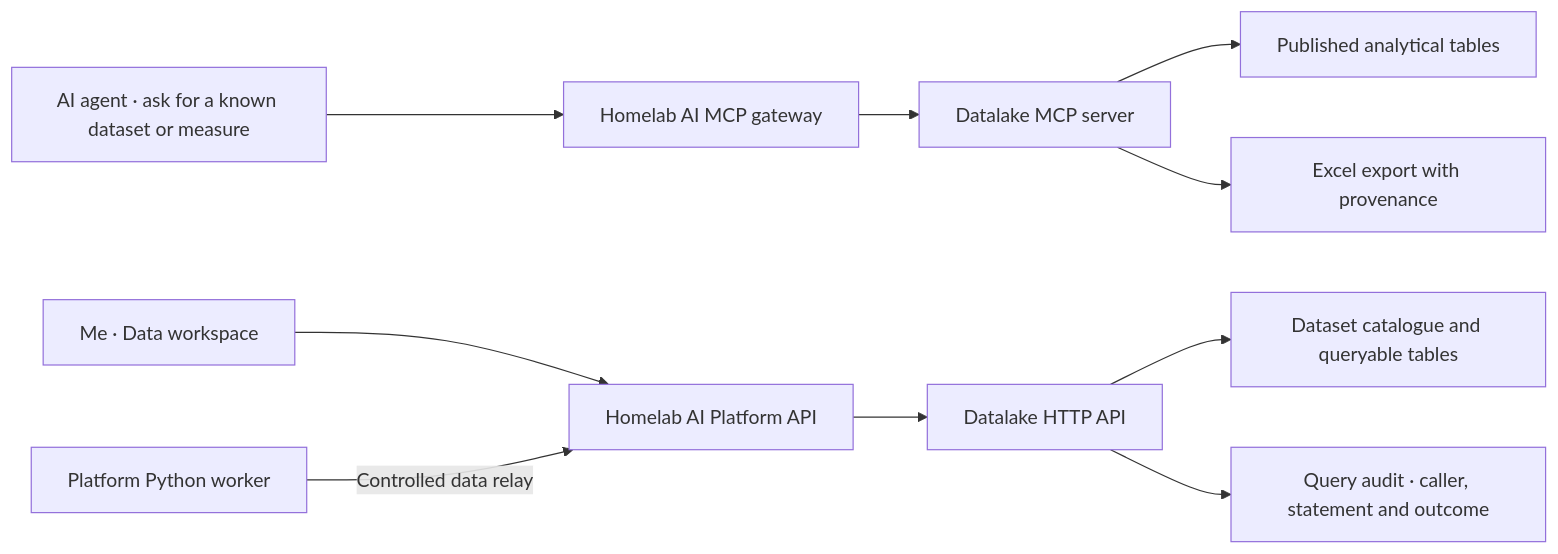
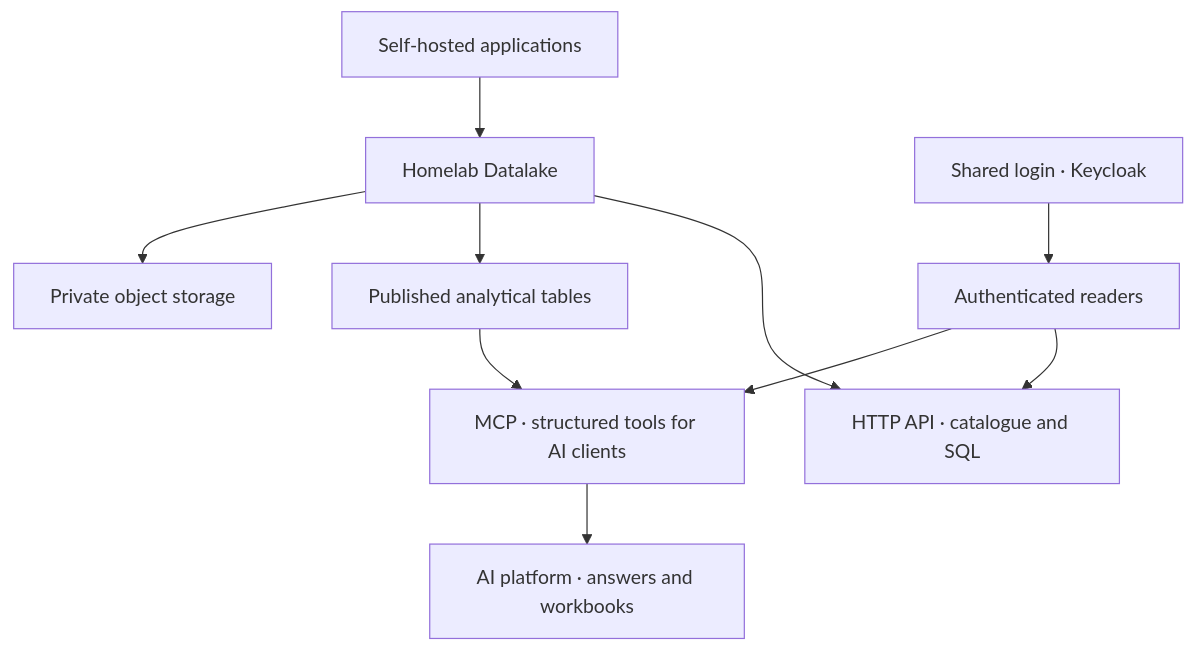
Before and after one commit to Franciskid/homelab-datalake: the second of 2 diagrams in README.md, drawn with Mermaid. The commit also changed other lines of this file and 13 other files, not shown here.

````diff
--- a/README.md
+++ b/README.md
@@ -66,13 +87,12 @@
 ```mermaid
-flowchart LR
-    Agent["AI agent · ask for a known dataset or measure"] --> Gateway["Homelab AI MCP gateway"]
-    Gateway --> MCP["Datalake MCP server"]
-    MCP --> Marts["Published analytical tables"]
-    MCP --> Workbook["Excel export with provenance"]
-
-    Person["Me · Data workspace"] --> Platform["Homelab AI Platform API"]
-    Python["Platform Python worker"] -->|"Controlled data relay"| Platform
-    Platform --> API["Datalake HTTP API"]
-    API --> Catalogue["Dataset catalogue and queryable tables"]
-    API --> Audit["Query audit · caller, statement and outcome"]
+flowchart TD
+    Apps["Self-hosted applications"] --> Lake["Homelab Datalake"]
+    Lake --> Storage["Private object storage"]
+    Identity["Shared login · Keycloak"] --> Access["Authenticated readers"]
+    Lake --> Serving["Published analytical tables"]
+    Serving --> Tools["MCP · structured tools for AI clients"]
+    Tools --> Reports["AI platform · answers and workbooks"]
+    Lake --> API["HTTP API · catalogue and SQL"]
+    Access --> Tools
+    Access --> API
 ```
````
